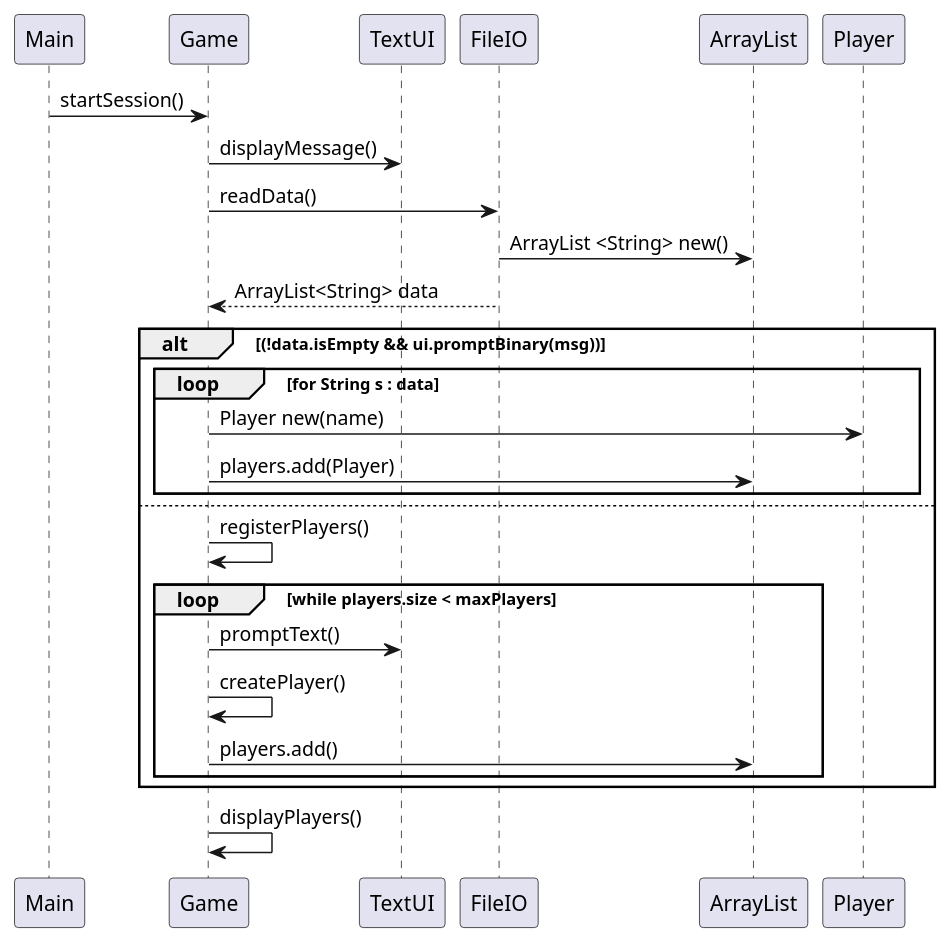
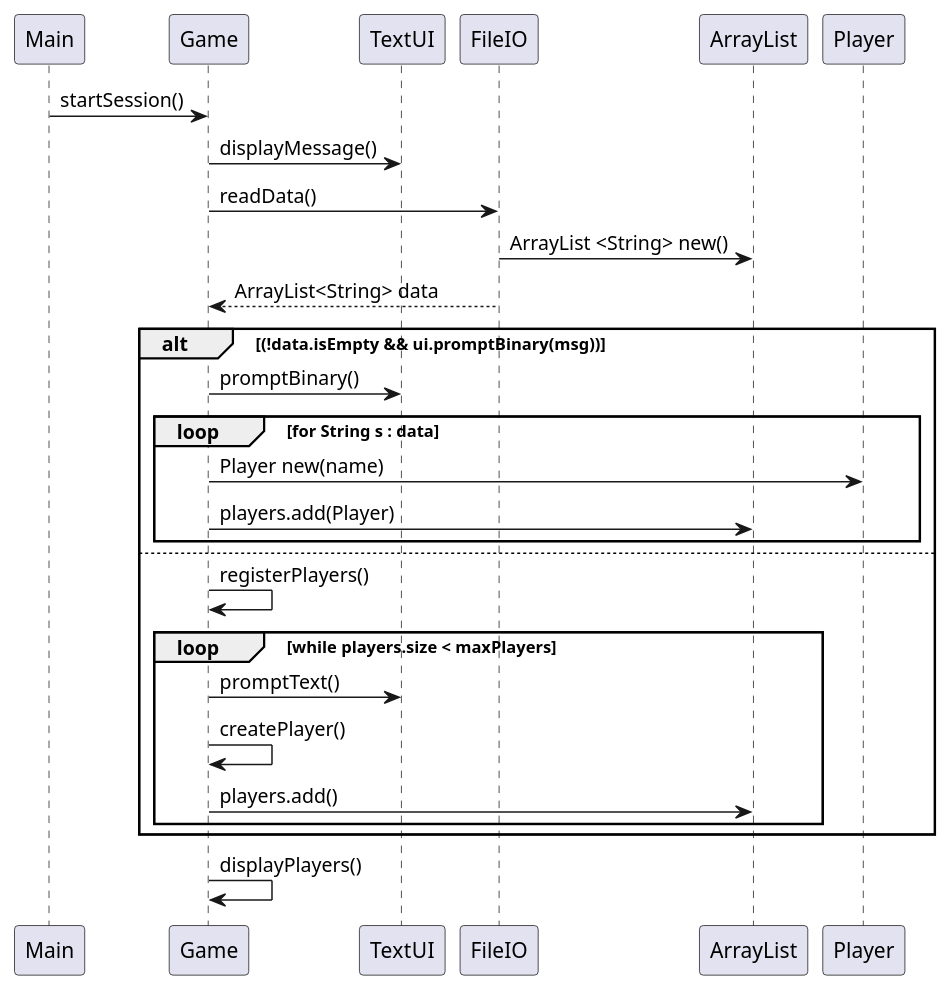
One commit to Dat1Cphbusiness/MonopolyE26 changed the diagram in doc/dynamic/sequence.puml. Above: the diagram before and after it, drawn with PlantUML.

```diff
--- a/doc/dynamic/sequence.puml
+++ b/doc/dynamic/sequence.puml
@@ -1,27 +1,28 @@
 @startuml
 Main -> Game : startSession()
 
 Game -> TextUI : displayMessage()
 Game -> FileIO : readData()
 FileIO -> ArrayList : ArrayList <String> new()
 Game <-- FileIO : ArrayList<String> data
 
 alt (!data.isEmpty && ui.promptBinary(msg))
+    Game -> TextUI : promptBinary()
     loop for String s : data
     Game -> Player : Player new(name)
     Game -> ArrayList : players.add(Player)
     end
 else
     Game -> Game : registerPlayers()
     loop while players.size < maxPlayers
     Game -> TextUI : promptText()
 
     Game -> Game : createPlayer()
     Game -> ArrayList : players.add()
     end
     end
 
 Game -> Game : displayPlayers()
 
 
 @enduml
```
